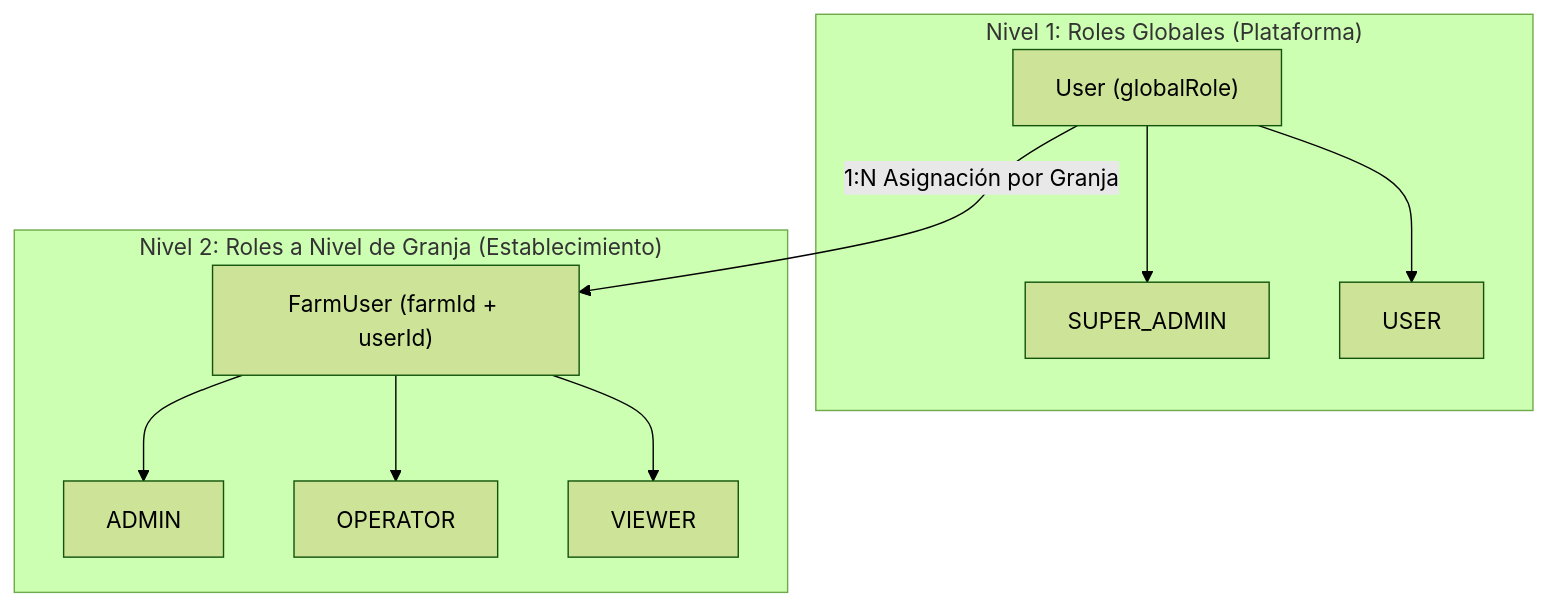
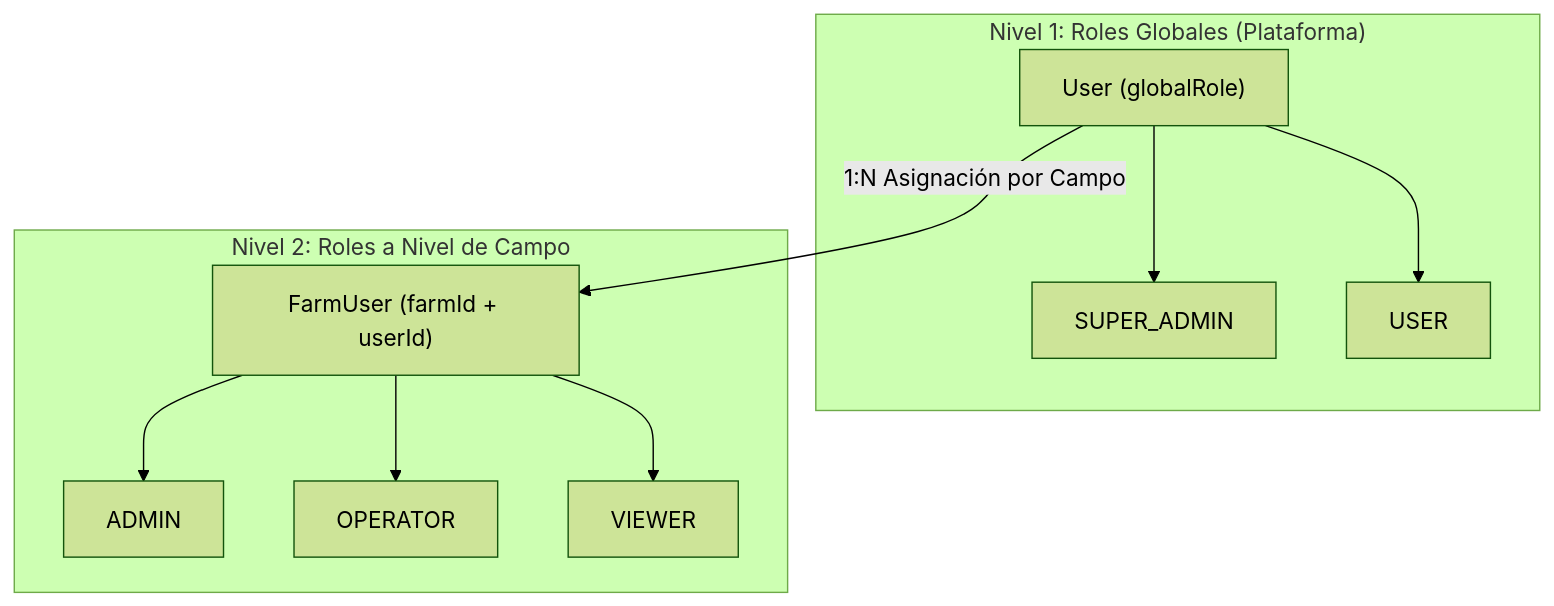
Before and after one commit to agroguard-ai/damp: the first of 2 diagrams in doc/sistema-roles-dos-niveles.md, drawn with Mermaid (forest theme). The commit also changed other lines of this file and 36 other files, not shown here.

````diff
--- a/doc/sistema-roles-dos-niveles.md
+++ b/doc/sistema-roles-dos-niveles.md
@@ -11,22 +11,22 @@
 ```mermaid
 graph TD
     subgraph GlobalLevel ["Nivel 1: Roles Globales (Plataforma)"]
         UserRecord["User (globalRole)"]
         SuperAdminRole["SUPER_ADMIN"]
         StandardUserRole["USER"]
         UserRecord --> SuperAdminRole
         UserRecord --> StandardUserRole
     end
 
-    subgraph FarmLevel ["Nivel 2: Roles a Nivel de Granja (Establecimiento)"]
+    subgraph FarmLevel ["Nivel 2: Roles a Nivel de Campo"]
         FarmUserRecord["FarmUser (farmId + userId)"]
         AdminRole["ADMIN"]
         OperatorRole["OPERATOR"]
         ViewerRole["VIEWER"]
         FarmUserRecord --> AdminRole
         FarmUserRecord --> OperatorRole
         FarmUserRecord --> ViewerRole
     end
 
-    UserRecord -->|1:N Asignación por Granja| FarmUserRecord
+    UserRecord -->|1:N Asignación por Campo| FarmUserRecord
 ```
````
